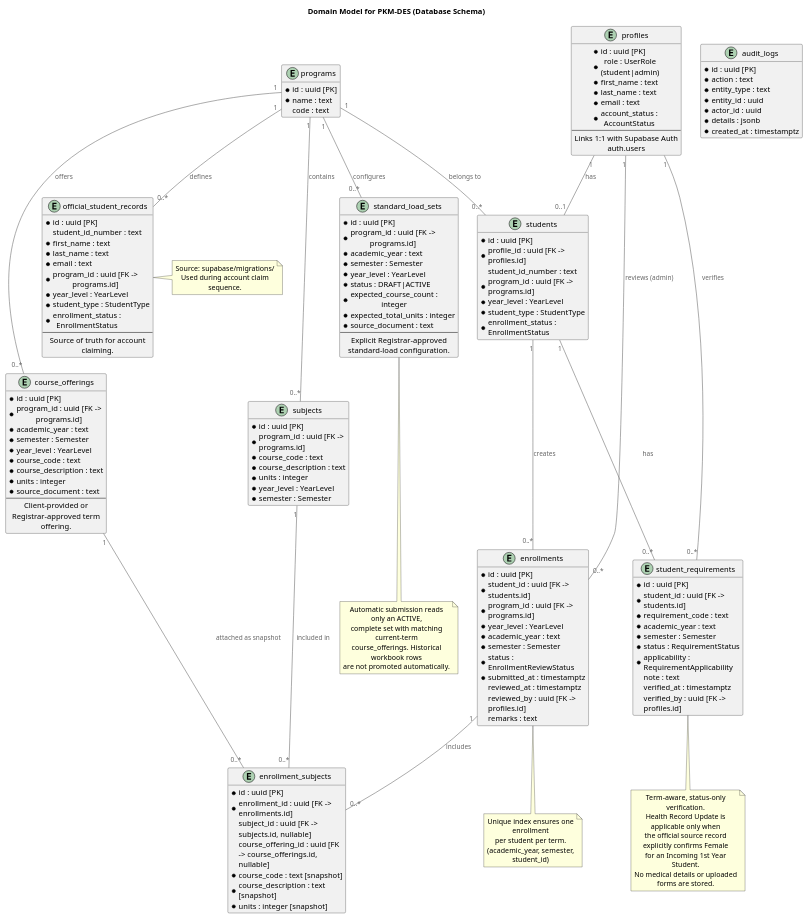
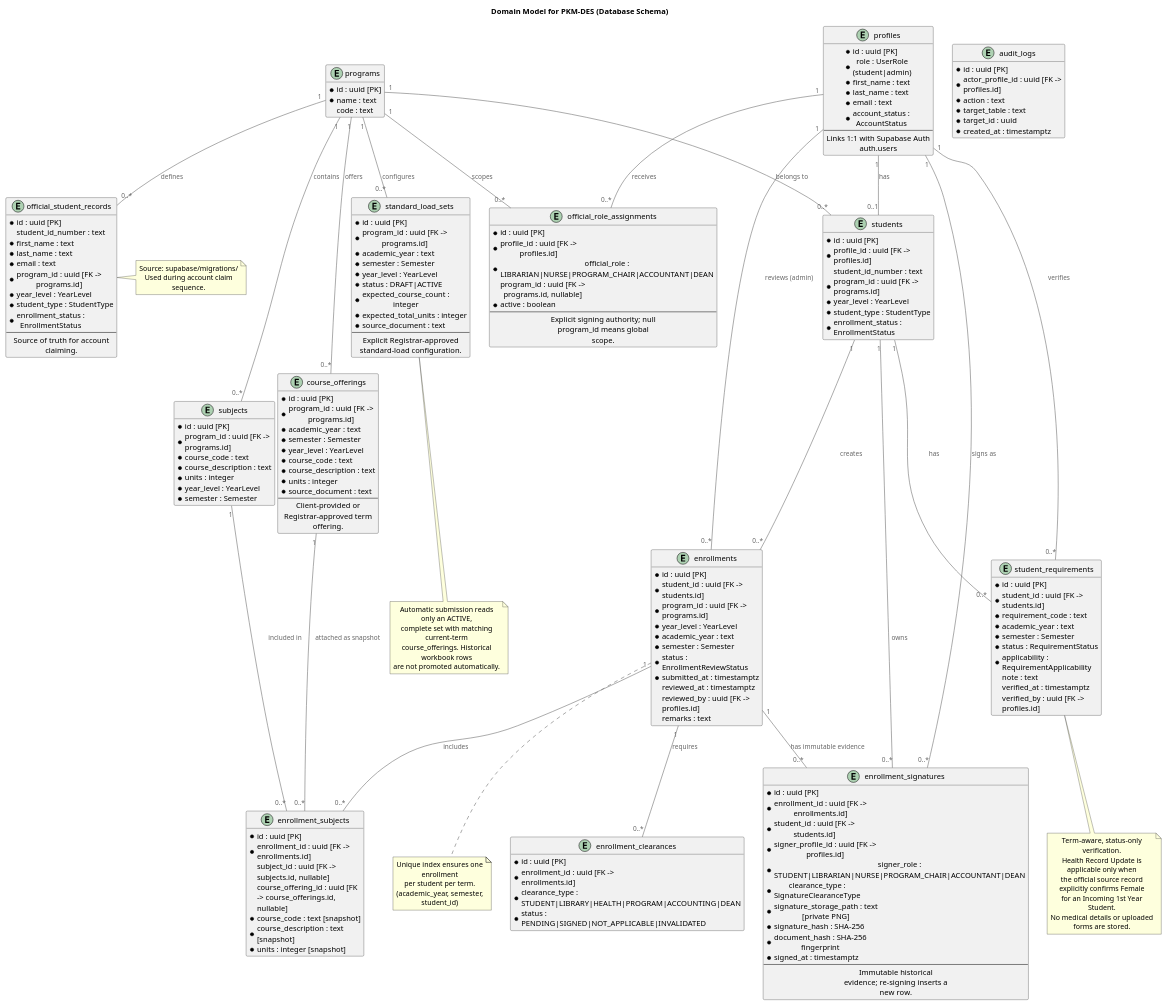
One commit to lucifron28/PKM-DES changed the diagram in docs/diagrams/pkm-des-domain-model.puml. Above: the diagram before and after it, drawn with PlantUML. The commit also changed 39 other files, not shown here.

Commit message:
Add authenticated enrollment e-signatures

```diff
--- a/docs/diagrams/pkm-des-domain-model.puml
+++ b/docs/diagrams/pkm-des-domain-model.puml
@@ -120,13 +120,44 @@
   verified_by : uuid [FK -> profiles.id]
 }
 
+entity "official_role_assignments" as official_role_assignments {
+  * id : uuid [PK]
+  * profile_id : uuid [FK -> profiles.id]
+  * official_role : LIBRARIAN|NURSE|PROGRAM_CHAIR|ACCOUNTANT|DEAN
+  program_id : uuid [FK -> programs.id, nullable]
+  * active : boolean
+  --
+  Explicit signing authority; null program_id means global scope.
+}
+
+entity "enrollment_clearances" as enrollment_clearances {
+  * id : uuid [PK]
+  * enrollment_id : uuid [FK -> enrollments.id]
+  * clearance_type : STUDENT|LIBRARY|HEALTH|PROGRAM|ACCOUNTING|DEAN
+  * status : PENDING|SIGNED|NOT_APPLICABLE|INVALIDATED
+}
+
+entity "enrollment_signatures" as enrollment_signatures {
+  * id : uuid [PK]
+  * enrollment_id : uuid [FK -> enrollments.id]
+  * student_id : uuid [FK -> students.id]
+  * signer_profile_id : uuid [FK -> profiles.id]
+  * signer_role : STUDENT|LIBRARIAN|NURSE|PROGRAM_CHAIR|ACCOUNTANT|DEAN
+  * clearance_type : SignatureClearanceType
+  * signature_storage_path : text [private PNG]
+  * signature_hash : SHA-256
+  * document_hash : SHA-256 fingerprint
+  * signed_at : timestamptz
+  --
+  Immutable historical evidence; re-signing inserts a new row.
+}
+
 entity "audit_logs" as audit_logs {
   * id : uuid [PK]
+  * actor_profile_id : uuid [FK -> profiles.id]
   * action : text
-  * entity_type : text
-  * entity_id : uuid
-  * actor_id : uuid
-  * details : jsonb
+  * target_table : text
+  * target_id : uuid
   * created_at : timestamptz
 }
 
@@ -138,7 +169,13 @@
 students "1" -- "0..*" enrollments : creates
 students "1" -- "0..*" student_requirements : has
 profiles "1" -- "0..*" student_requirements : verifies
+profiles "1" -- "0..*" official_role_assignments : receives
+programs "1" -- "0..*" official_role_assignments : scopes
 enrollments "1" -- "0..*" enrollment_subjects : includes
+enrollments "1" -- "0..*" enrollment_clearances : requires
+enrollments "1" -- "0..*" enrollment_signatures : has immutable evidence
+profiles "1" -- "0..*" enrollment_signatures : signs as
+students "1" -- "0..*" enrollment_signatures : owns
 subjects "1" -- "0..*" enrollment_subjects : included in
 course_offerings "1" -- "0..*" enrollment_subjects : attached as snapshot
 programs "1" -- "0..*" official_student_records : defines
```
